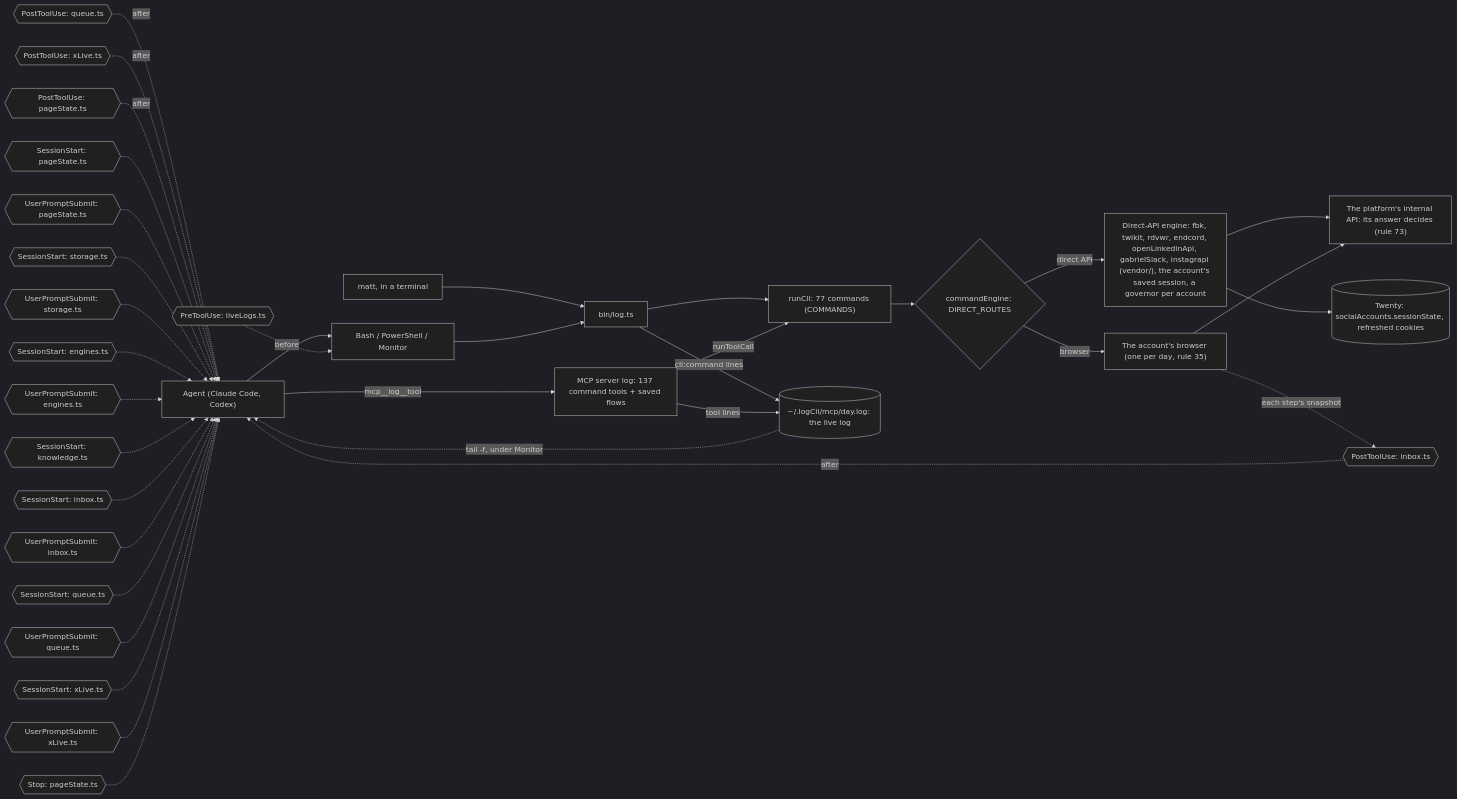
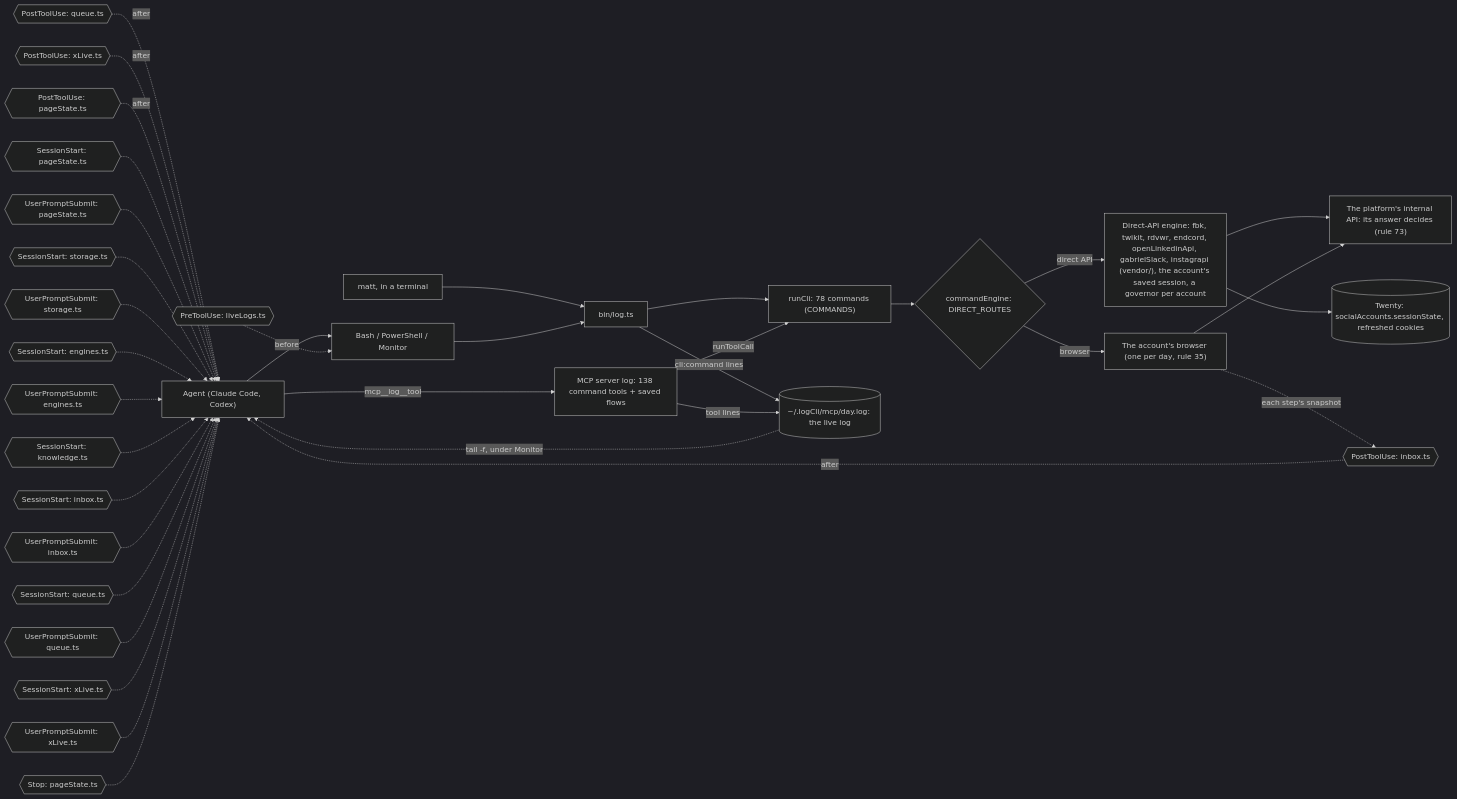
Before and after one commit to matthewdonsemail-lab/log: the diagram in docs/diagrams/surface.mmd, drawn with Mermaid (dark theme). The commit also changed 18 other files, not shown here.

```diff
--- a/docs/diagrams/surface.mmd
+++ b/docs/diagrams/surface.mmd
@@ -1,50 +1,50 @@
 %% How a call reaches log-cli. From a shell or over MCP, both run the same commands through `runCli`, write the same live log, and pass through the same hooks. `commandEngine` sends each command to the platform's direct API or to the account's browser.
 %% Written by `bun run docs:build` from the code (rule 56). Not edited by hand.
 flowchart LR
   agent["Agent (Claude Code, Codex)"]
   matt["matt, in a terminal"]
   shell["Bash / PowerShell / Monitor"]
-  mcp["MCP server log: 137 command tools + saved flows"]
+  mcp["MCP server log: 138 command tools + saved flows"]
   bin["bin/log.ts"]
-  runCli["runCli: 77 commands (COMMANDS)"]
+  runCli["runCli: 78 commands (COMMANDS)"]
   live[("~/.logCli/mcp/day.log: the live log")]
   engine{"commandEngine: DIRECT_ROUTES"}
   direct["Direct-API engine: fbk, twikit, rdvwr, endcord, openLinkedinApi, gabrielSlack, instagrapi (vendor/), the account's saved session, a governor per account"]
   browser["The account's browser (one per day, rule 35)"]
   api["The platform's internal API: its answer decides (rule 73)"]
   twenty[("Twenty: socialAccounts.sessionState, refreshed cookies")]
   agent --> shell
   matt --> bin
   shell --> bin
   agent -->|mcp__log__tool| mcp
   bin --> runCli
   mcp -->|runToolCall| runCli
   runCli --> engine
   engine -->|direct API| direct
   engine -->|browser| browser
   direct --> api
   browser --> api
   direct --> twenty
   bin -->|cli:command lines| live
   mcp -->|tool lines| live
   live -.->|tail -f, under Monitor| agent
   pre0{{"PreToolUse: liveLogs.ts"}} -.->|before| shell
   post0{{"PostToolUse: inbox.ts"}} -.->|after| agent
   post1{{"PostToolUse: queue.ts"}} -.->|after| agent
   post2{{"PostToolUse: xLive.ts"}} -.->|after| agent
   post3{{"PostToolUse: pageState.ts"}} -.->|after| agent
   turn0{{"SessionStart: pageState.ts"}} -.-> agent
   turn1{{"UserPromptSubmit: pageState.ts"}} -.-> agent
   turn2{{"SessionStart: storage.ts"}} -.-> agent
   turn3{{"UserPromptSubmit: storage.ts"}} -.-> agent
   turn4{{"SessionStart: engines.ts"}} -.-> agent
   turn5{{"UserPromptSubmit: engines.ts"}} -.-> agent
   turn6{{"SessionStart: knowledge.ts"}} -.-> agent
   turn7{{"SessionStart: inbox.ts"}} -.-> agent
   turn8{{"UserPromptSubmit: inbox.ts"}} -.-> agent
   turn9{{"SessionStart: queue.ts"}} -.-> agent
   turn10{{"UserPromptSubmit: queue.ts"}} -.-> agent
   turn11{{"SessionStart: xLive.ts"}} -.-> agent
   turn12{{"UserPromptSubmit: xLive.ts"}} -.-> agent
   turn13{{"Stop: pageState.ts"}} -.-> agent
   browser -.->|each step's snapshot| post0
```
